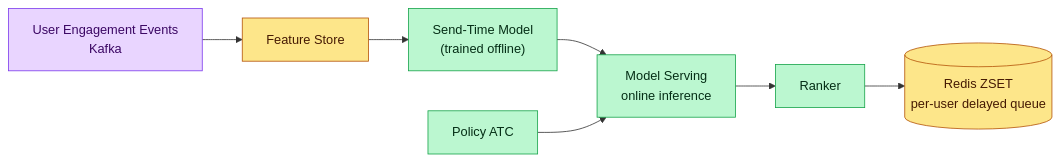
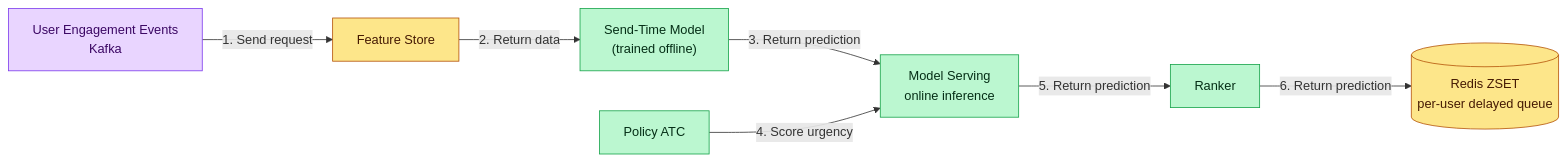
Before and after one commit to iluzn/HLD-Designs: the tenth of 16 diagrams in content/hld/NotificationSystem.md, drawn with Mermaid. The commit also changed other lines of this file and 27 other files, not shown here.

````diff
--- a/content/hld/NotificationSystem.md
+++ b/content/hld/NotificationSystem.md
@@ -764,21 +764,21 @@
 ```mermaid
 flowchart LR
     EVENTS["User Engagement Events<br/>Kafka"]:::async
     FEATURE["Feature Store"]:::data
     MODEL["Send-Time Model<br/>(trained offline)"]:::service
     SERVING["Model Serving<br/>online inference"]:::service
     ATC["Policy ATC"]:::service
     RANKER["Ranker"]:::service
     DELAYQ[("Redis ZSET<br/>per-user delayed queue")]:::data
 
-    EVENTS --> FEATURE
-    FEATURE --> MODEL
-    MODEL --> SERVING
-    ATC --> SERVING
-    SERVING --> RANKER
-    RANKER --> DELAYQ
+    EVENTS -->|"1. Send request"| FEATURE
+    FEATURE -->|"2. Return data"| MODEL
+    MODEL -->|"3. Return prediction"| SERVING
+    ATC -->|"4. Score urgency"| SERVING
+    SERVING -->|"5. Return prediction"| RANKER
+    RANKER -->|"6. Return prediction"| DELAYQ
 
     classDef service fill:#bbf7d0,stroke:#16a34a,color:#052e16
     classDef async fill:#e9d5ff,stroke:#7c3aed,color:#3b0764
     classDef data fill:#fde68a,stroke:#b45309,color:#451a03
 ```
````
